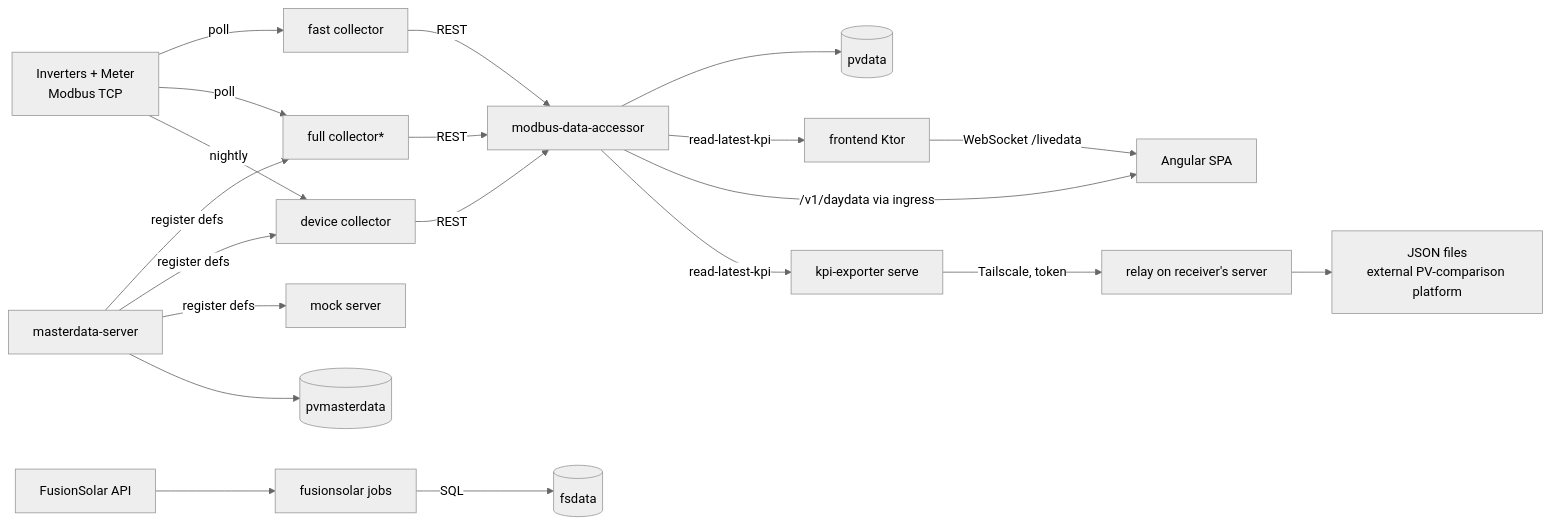
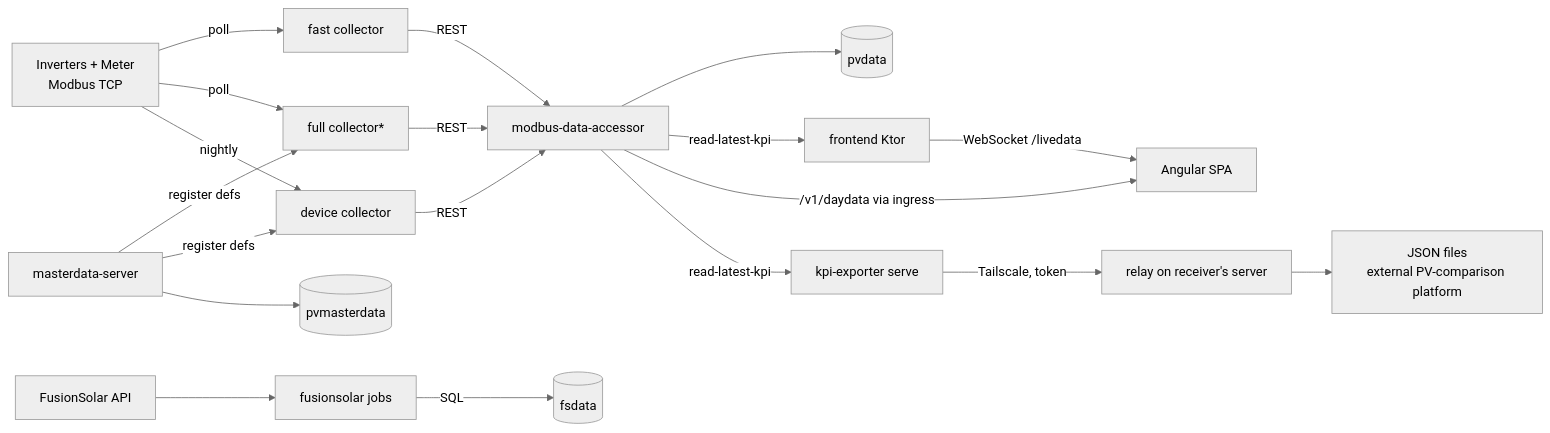
One commit to ziswb/pvlogger-msa changed the diagram in CONTEXT.md. Above: the diagram before and after it, drawn with Mermaid (neutral theme). The commit also changed other lines of this file and 21 other files, not shown here.

First line of the commit message:
Backlog 30: remove the Kotlin mock server

````diff
--- a/CONTEXT.md
+++ b/CONTEXT.md
@@ -139,14 +143,14 @@
 ```mermaid
 flowchart LR
     MB[Inverters + Meter\nModbus TCP] -->|poll| FAST[fast collector]
     MB -->|poll| FULL[full collector*]
     MB -->|nightly| DEV[device collector]
-    MD[masterdata-server] -->|register defs| FULL & DEV & MOCK[mock server]
+    MD[masterdata-server] -->|register defs| FULL & DEV
     FAST & FULL & DEV -->|REST| DA[modbus-data-accessor]
     FS[FusionSolar API] --> FSC[fusionsolar jobs] -->|SQL| FSDB[(fsdata)]
     DA --> PVDB[(pvdata)]
     MD --> MDDB[(pvmasterdata)]
     DA -->|read-latest-kpi| FE[frontend Ktor] -->|WebSocket /livedata| SPA[Angular SPA]
     DA -->|/v1/daydata via ingress| SPA
     DA -->|read-latest-kpi| EXP[kpi-exporter serve] -->|Tailscale, token| REL[relay on receiver's server] --> ONE[JSON files\nexternal PV-comparison platform]
 ```
````
